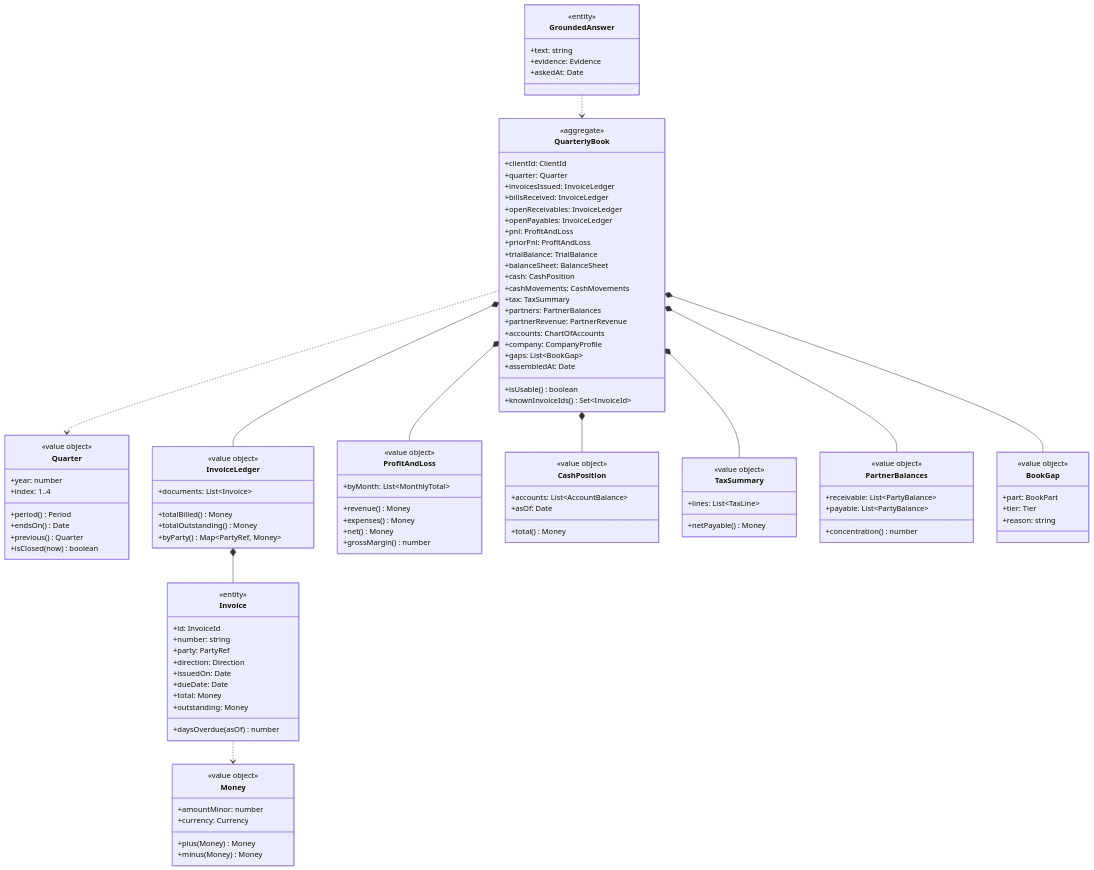
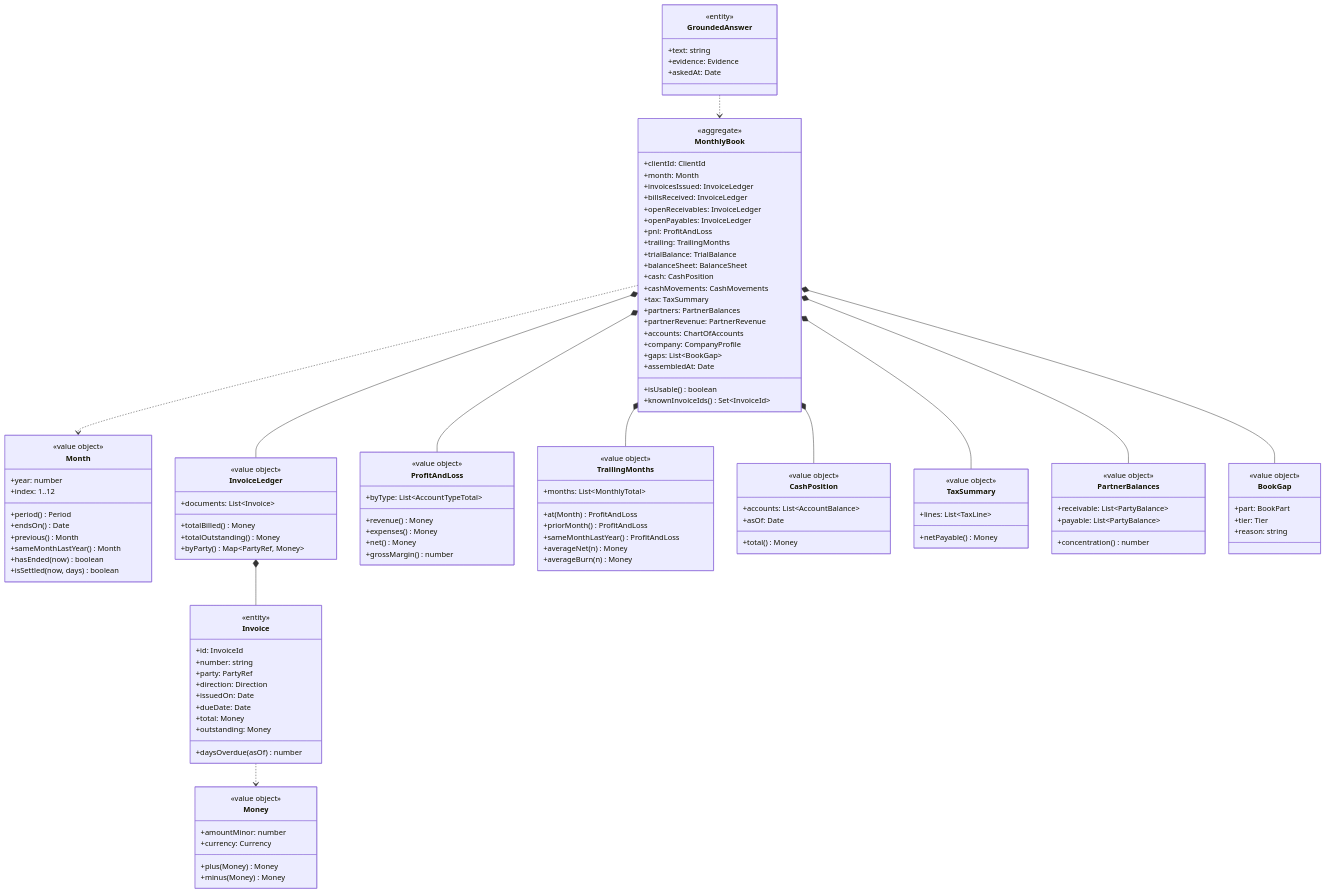
Before and after one commit to Patcast/terac_hackathon_patrcio: the third of 6 diagrams in docs/architecture_phase1.md, drawn with Mermaid. The commit also changed other lines of this file and 18 other files, not shown here.

````diff
--- a/docs/architecture_phase1.md
+++ b/docs/architecture_phase1.md
@@ -361,14 +455,16 @@
         +minus(Money) Money
     }
 
-    class Quarter {
+    class Month {
         <<value object>>
         +year: number
-        +index: 1..4
+        +index: 1..12
         +period() Period
         +endsOn() Date
-        +previous() Quarter
-        +isClosed(now) boolean
+        +previous() Month
+        +sameMonthLastYear() Month
+        +hasEnded(now) boolean
+        +isSettled(now, days) boolean
     }
 
     class Invoice {
@@ -394,11 +490,21 @@
 
     class ProfitAndLoss {
         <<value object>>
-        +byMonth: List~MonthlyTotal~
+        +byType: List~AccountTypeTotal~
         +revenue() Money
         +expenses() Money
         +net() Money
         +grossMargin() number
+    }
+
+    class TrailingMonths {
+        <<value object>>
+        +months: List~MonthlyTotal~
+        +at(Month) ProfitAndLoss
+        +priorMonth() ProfitAndLoss
+        +sameMonthLastYear() ProfitAndLoss
+        +averageNet(n) Money
+        +averageBurn(n) Money
     }
 
     class CashPosition {
@@ -428,16 +534,16 @@
         +reason: string
     }
 
-    class QuarterlyBook {
+    class MonthlyBook {
         <<aggregate>>
         +clientId: ClientId
-        +quarter: Quarter
+        +month: Month
         +invoicesIssued: InvoiceLedger
         +billsReceived: InvoiceLedger
         +openReceivables: InvoiceLedger
         +openPayables: InvoiceLedger
         +pnl: ProfitAndLoss
-        +priorPnl: ProfitAndLoss
+        +trailing: TrailingMonths
         +trialBalance: TrialBalance
         +balanceSheet: BalanceSheet
         +cash: CashPosition
@@ -460,14 +566,15 @@
         +askedAt: Date
     }
 
-    QuarterlyBook *-- InvoiceLedger
-    QuarterlyBook *-- ProfitAndLoss
-    QuarterlyBook *-- CashPosition
-    QuarterlyBook *-- TaxSummary
-    QuarterlyBook *-- PartnerBalances
-    QuarterlyBook *-- BookGap
-    QuarterlyBook ..> Quarter
+    MonthlyBook *-- InvoiceLedger
+    MonthlyBook *-- ProfitAndLoss
+    MonthlyBook *-- TrailingMonths
+    MonthlyBook *-- CashPosition
+    MonthlyBook *-- TaxSummary
+    MonthlyBook *-- PartnerBalances
+    MonthlyBook *-- BookGap
+    MonthlyBook ..> Month
     InvoiceLedger *-- Invoice
     Invoice ..> Money
-    GroundedAnswer ..> QuarterlyBook
+    GroundedAnswer ..> MonthlyBook
 ```
````
